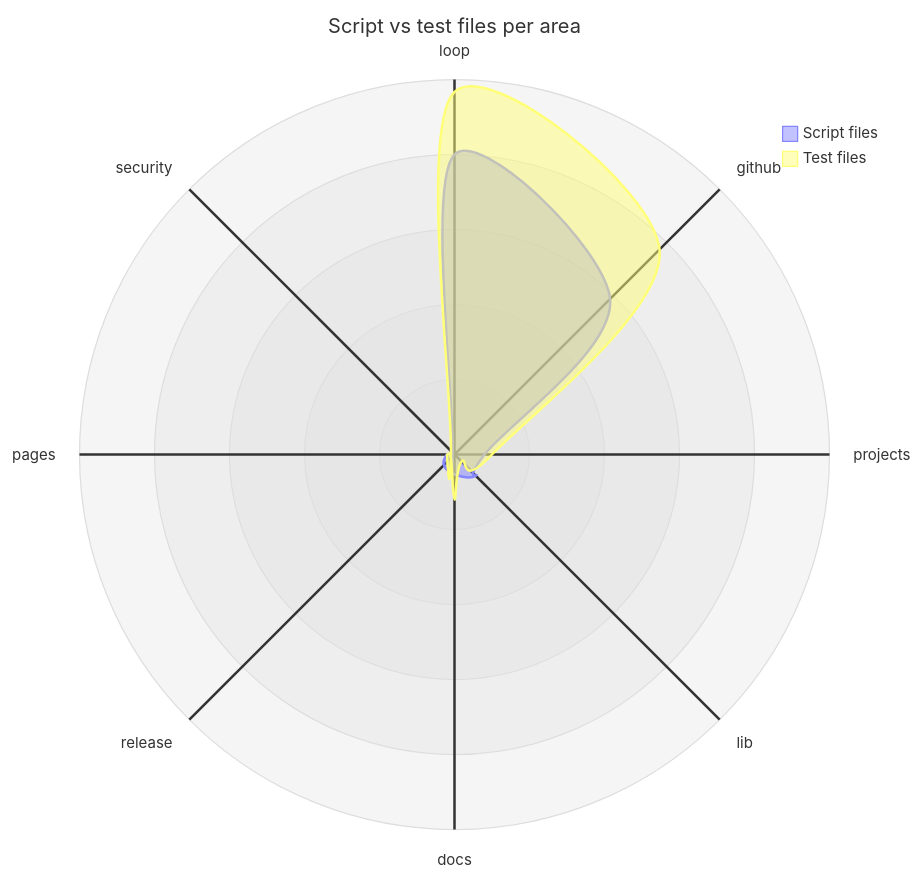
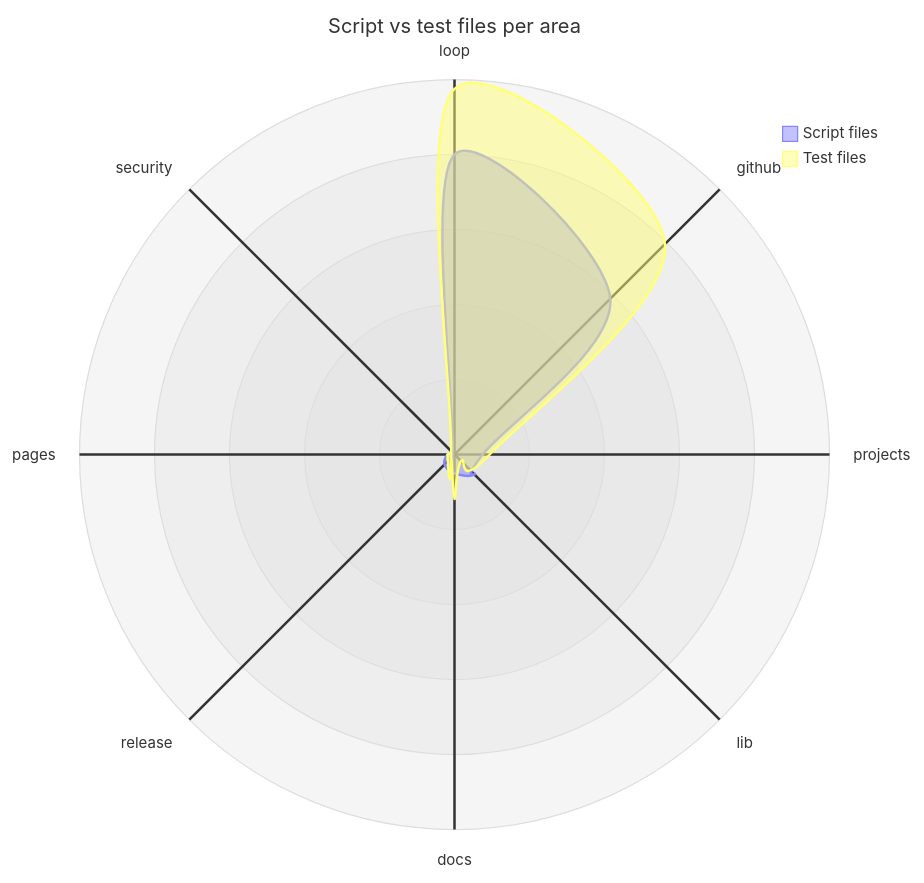
One commit to mfittko/dev-loops changed the fifth of 12 diagrams in docs/atlas/13-numbers.md. Above: the diagram before and after it, drawn with Mermaid. The commit also changed other lines of this file, not shown here.

````diff
--- a/docs/atlas/13-numbers.md
+++ b/docs/atlas/13-numbers.md
@@ -100,9 +100,9 @@
 ```mermaid
 radar-beta
   title Script vs test files per area
   axis loop["loop"], github["github"], projects["projects"], lib["lib"], docs["docs"], release["release"], pages["pages"], security["security"]
-  curve scripts["Script files"]{120, 88, 12, 12, 8, 6, 3, 1}
-  curve tests["Test files"]{145, 116, 15, 4, 18, 2, 3, 2}
-  max 150
+  curve scripts["Script files"]{128, 94, 12, 12, 8, 6, 3, 1}
+  curve tests["Test files"]{156, 127, 15, 4, 19, 2, 3, 2}
+  max 160
   min 0
 ```
````
